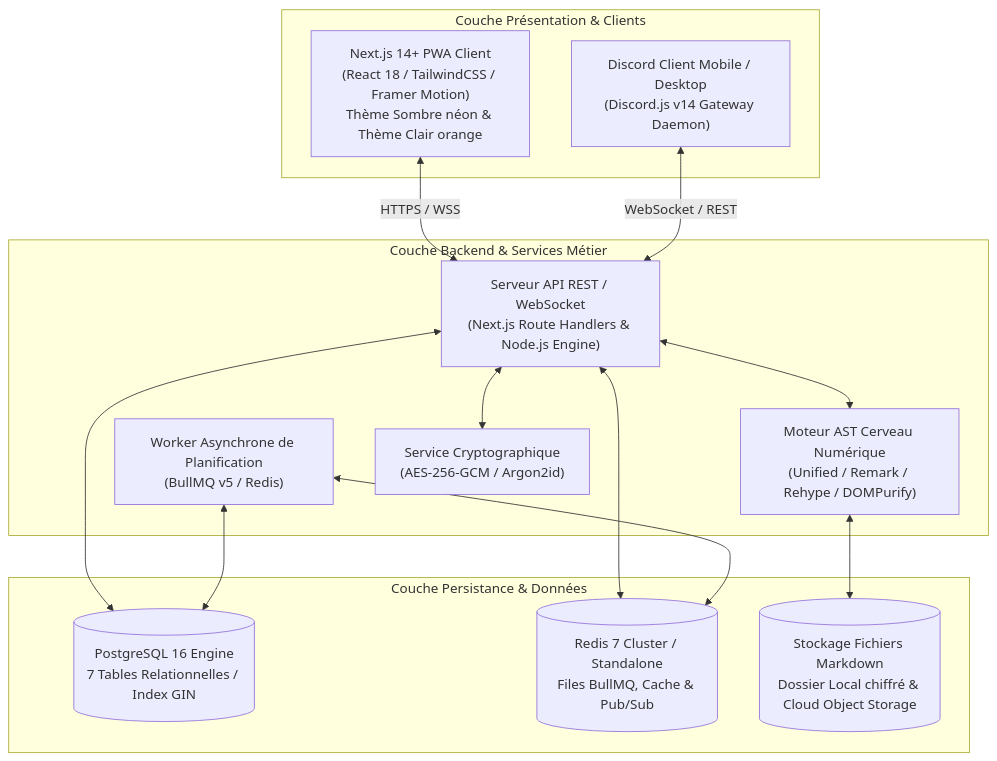
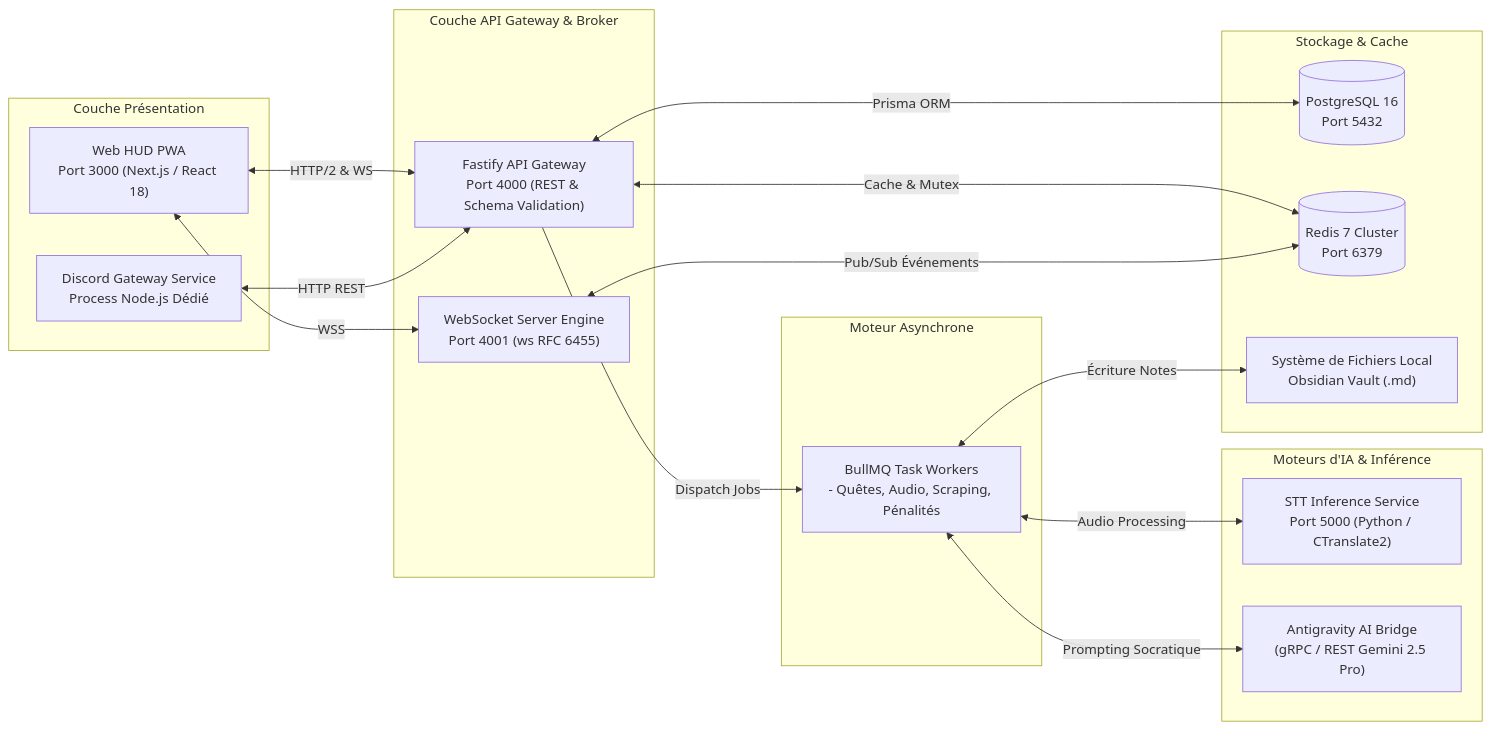
Before and after one commit to GeovanioH/LevelUp: the second of 5 diagrams in docs/02-TRD.md, drawn with Mermaid. The commit also changed other lines of this file, not shown here.

Commit message:
docs(trd): expand 02-TRD.md to 100KB with C4 architecture, audio DSP, BullMQ, Dexie sync, and NVML sentinel

````diff
--- a/docs/02-TRD.md
+++ b/docs/02-TRD.md
@@ -53,30 +56,38 @@
 ```mermaid
-flowchart TD
-    subgraph ClientTier ["Couche Présentation & Clients"]
-        WebPWA["Next.js 14+ PWA Client<br>(React 18 / TailwindCSS / Framer Motion)<br>Thème Sombre néon & Thème Clair orange"]
-        DiscordApp["Discord Client Mobile / Desktop<br>(Discord.js v14 Gateway Daemon)"]
+flowchart LR
+    subgraph FrontendBoundary ["Couche Présentation"]
+        HUD["Web HUD PWA<br>Port 3000 (Next.js / React 18)"]
+        Bot["Discord Gateway Service<br>Process Node.js Dédié"]
     end
 
-    subgraph BackendTier ["Couche Backend & Services Métier"]
-        APIServer["Serveur API REST / WebSocket<br>(Next.js Route Handlers & Node.js Engine)"]
-        SchedulerWorker["Worker Asynchrone de Planification<br>(BullMQ v5 / Redis)"]
-        MarkdownEngine["Moteur AST Cerveau Numérique<br>(Unified / Remark / Rehype / DOMPurify)"]
-        CryptoService["Service Cryptographique<br>(AES-256-GCM / Argon2id)"]
+    subgraph GatewayBoundary ["Couche API Gateway & Broker"]
+        API["Fastify API Gateway<br>Port 4000 (REST & Schema Validation)"]
+        WS["WebSocket Server Engine<br>Port 4001 (ws RFC 6455)"]
     end
 
-    subgraph PersistenceTier ["Couche Persistance & Données"]
-        Postgres[(PostgreSQL 16 Engine<br>7 Tables Relationnelles / Index GIN)]
-        RedisStore[(Redis 7 Cluster / Standalone<br>Files BullMQ, Cache & Pub/Sub)]
-        FileSystem[(Stockage Fichiers Markdown<br>Dossier Local chiffré & Cloud Object Storage)]
+    subgraph QueueBoundary ["Moteur Asynchrone"]
+        BullMQWorker["BullMQ Task Workers<br>- Quêtes, Audio, Scraping, Pénalités"]
     end
 
-    WebPWA <-->|HTTPS / WSS| APIServer
-    DiscordApp <-->|WebSocket / REST| APIServer
-    APIServer <--> CryptoService
-    APIServer <--> MarkdownEngine
-    MarkdownEngine <--> FileSystem
-    APIServer <--> Postgres
-    APIServer <--> RedisStore
-    SchedulerWorker <--> RedisStore
-    SchedulerWorker <--> Postgres
+    subgraph IntelligenceBoundary ["Moteurs d'IA & Inférence"]
+        WhisperSvc["STT Inference Service<br>Port 5000 (Python / CTranslate2)"]
+        ArchitectAdapter["Antigravity AI Bridge<br>(gRPC / REST Gemini 2.5 Pro)"]
+    end
+
+    subgraph PersistenceBoundary ["Stockage & Cache"]
+        PG[(PostgreSQL 16<br>Port 5432)]
+        RedisCache[(Redis 7 Cluster<br>Port 6379)]
+        VaultDisk["Système de Fichiers Local<br>Obsidian Vault (.md)"]
+    end
+
+    HUD <-->|HTTP/2 & WS| API
+    HUD <-->|WSS| WS
+    Bot <-->|HTTP REST| API
+    API <-->|Prisma ORM| PG
+    API <-->|Cache & Mutex| RedisCache
+    API -->|Dispatch Jobs| BullMQWorker
+    BullMQWorker <-->|Audio Processing| WhisperSvc
+    BullMQWorker <-->|Prompting Socratique| ArchitectAdapter
+    BullMQWorker <-->|Écriture Notes| VaultDisk
+    WS <-->|Pub/Sub Événements| RedisCache
 ```
````
